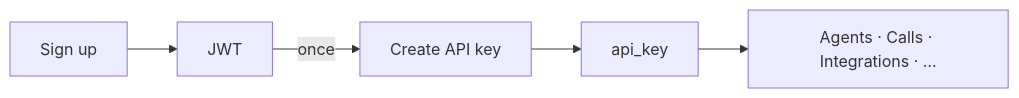
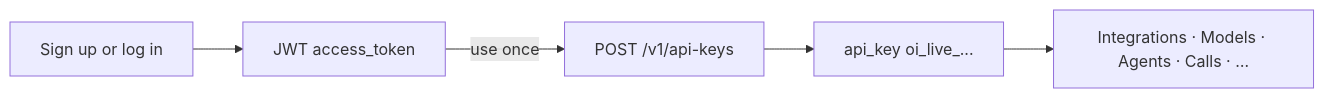
Before and after one commit to saaniya-afreen/mintlify-docs: the diagram in concepts/authentication.mdx, drawn with Mermaid. The commit also changed other lines of this file and 13 other files, not shown here.

````diff
--- a/concepts/authentication.mdx
+++ b/concepts/authentication.mdx
@@ -13,7 +21,7 @@
 ```mermaid
 flowchart LR
-  Signup[Sign up] --> JWT[JWT]
-  JWT -->|once| CreateKey[Create API key]
-  CreateKey --> APIKey[api_key]
-  APIKey --> Everything[Agents · Calls · Integrations · …]
+  Signup[Sign up or log in] --> JWT[JWT access_token]
+  JWT -->|use once| CreateKey[POST /v1/api-keys]
+  CreateKey --> APIKey[api_key oi_live_...]
+  APIKey --> All[Integrations · Models · Agents · Calls · …]
 ```
````
